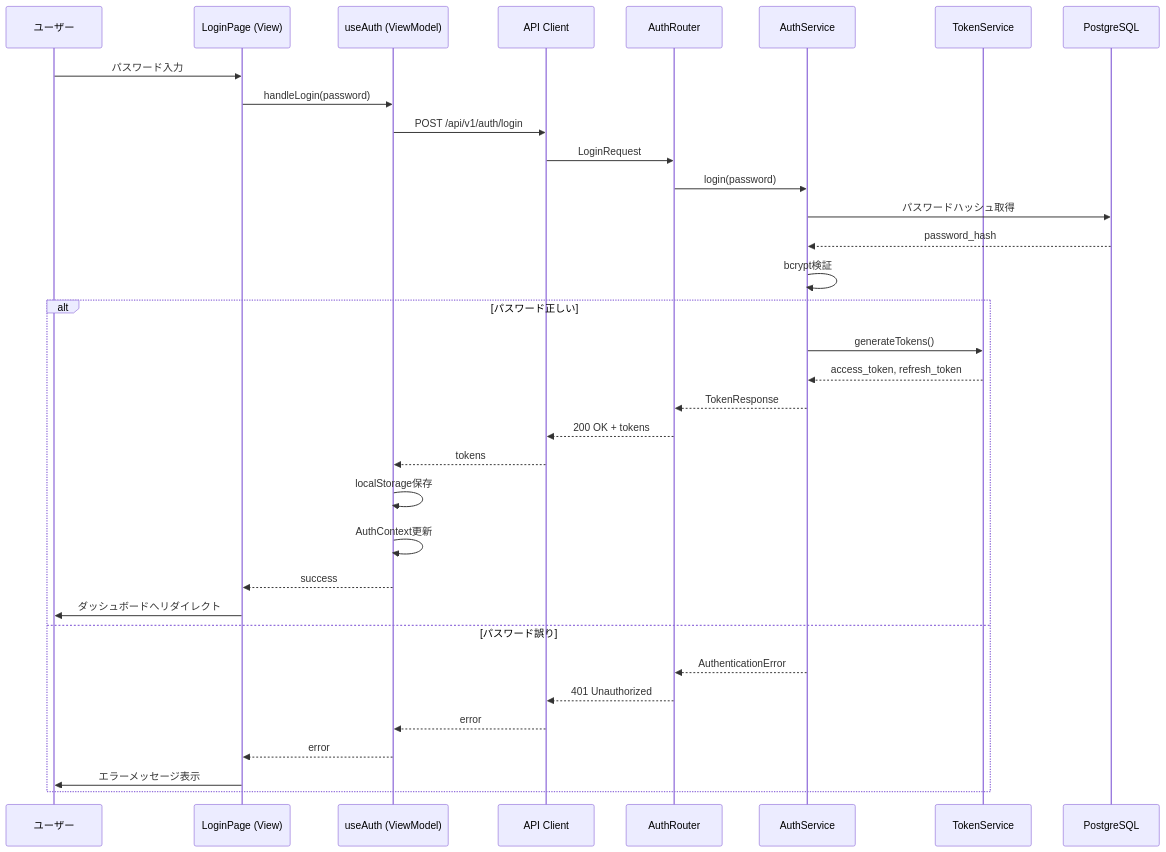
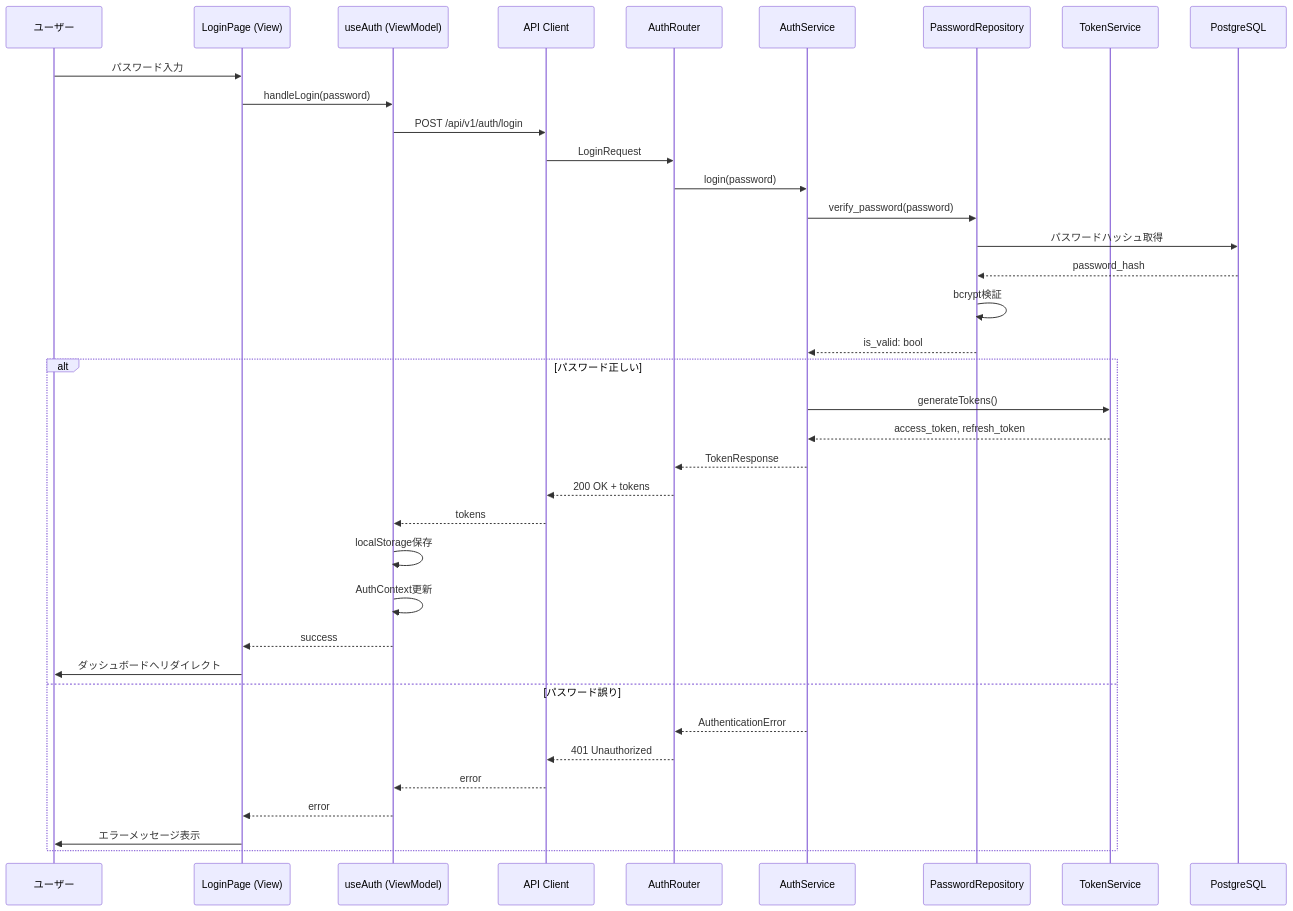
The second of 4 diagrams in .kiro/specs/authorization/design.md (Universal-Micro-Networks/ecg-mi-inference), drawn with Mermaid before and after one commit. The commit also changed 2 other files, not shown here.

Commit message:
ドキュメントのアップデート

````diff
--- a/.kiro/specs/authorization/design.md
+++ b/.kiro/specs/authorization/design.md
@@ -91,37 +91,40 @@
 ```mermaid
 sequenceDiagram
     participant User as ユーザー
     participant LoginPage as LoginPage (View)
     participant useAuth as useAuth (ViewModel)
     participant API as API Client
     participant Backend as AuthRouter
     participant Service as AuthService
+    participant PwdRepo as PasswordRepository
     participant Token as TokenService
     participant DB as PostgreSQL
 
     User->>LoginPage: パスワード入力
     LoginPage->>useAuth: handleLogin(password)
     useAuth->>API: POST /api/v1/auth/login
     API->>Backend: LoginRequest
     Backend->>Service: login(password)
-    Service->>DB: パスワードハッシュ取得
-    DB-->>Service: password_hash
-    Service->>Service: bcrypt検証
+    Service->>PwdRepo: verify_password(password)
+    PwdRepo->>DB: パスワードハッシュ取得
+    DB-->>PwdRepo: password_hash
+    PwdRepo->>PwdRepo: bcrypt検証
+    PwdRepo-->>Service: is_valid: bool
     alt パスワード正しい
         Service->>Token: generateTokens()
         Token-->>Service: access_token, refresh_token
         Service-->>Backend: TokenResponse
         Backend-->>API: 200 OK + tokens
         API-->>useAuth: tokens
         useAuth->>useAuth: localStorage保存
         useAuth->>useAuth: AuthContext更新
         useAuth-->>LoginPage: success
         LoginPage->>User: ダッシュボードへリダイレクト
     else パスワード誤り
         Service-->>Backend: AuthenticationError
         Backend-->>API: 401 Unauthorized
         API-->>useAuth: error
         useAuth-->>LoginPage: error
         LoginPage->>User: エラーメッセージ表示
     end
 ```
````
